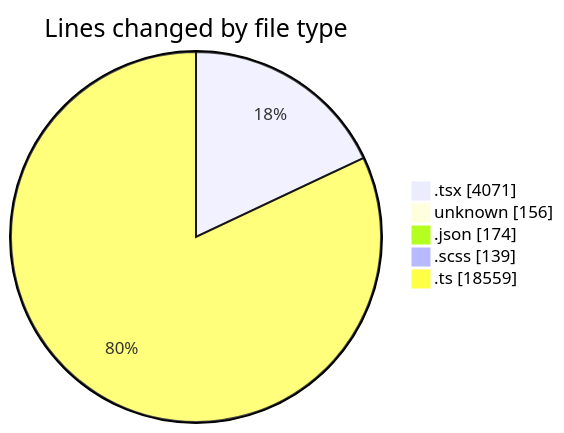
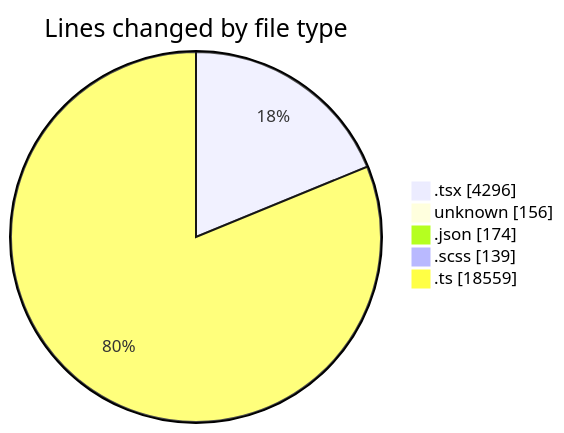
One commit to momahboobian/code-tracking changed the first of 2 diagrams in 2026-09-28/cda/README.md. Above: the diagram before and after it, drawn with Mermaid. The commit also changed other lines of this file and 1 other file, not shown here.

````diff
--- a/2026-09-28/cda/README.md
+++ b/2026-09-28/cda/README.md
@@ -41,9 +43,9 @@
 ```mermaid
 pie showData
 title Lines changed by file type
-".tsx" : 4071
+".tsx" : 4296
 "unknown" : 156
 ".json" : 174
 ".scss" : 139
 ".ts" : 18559
 ```
````
